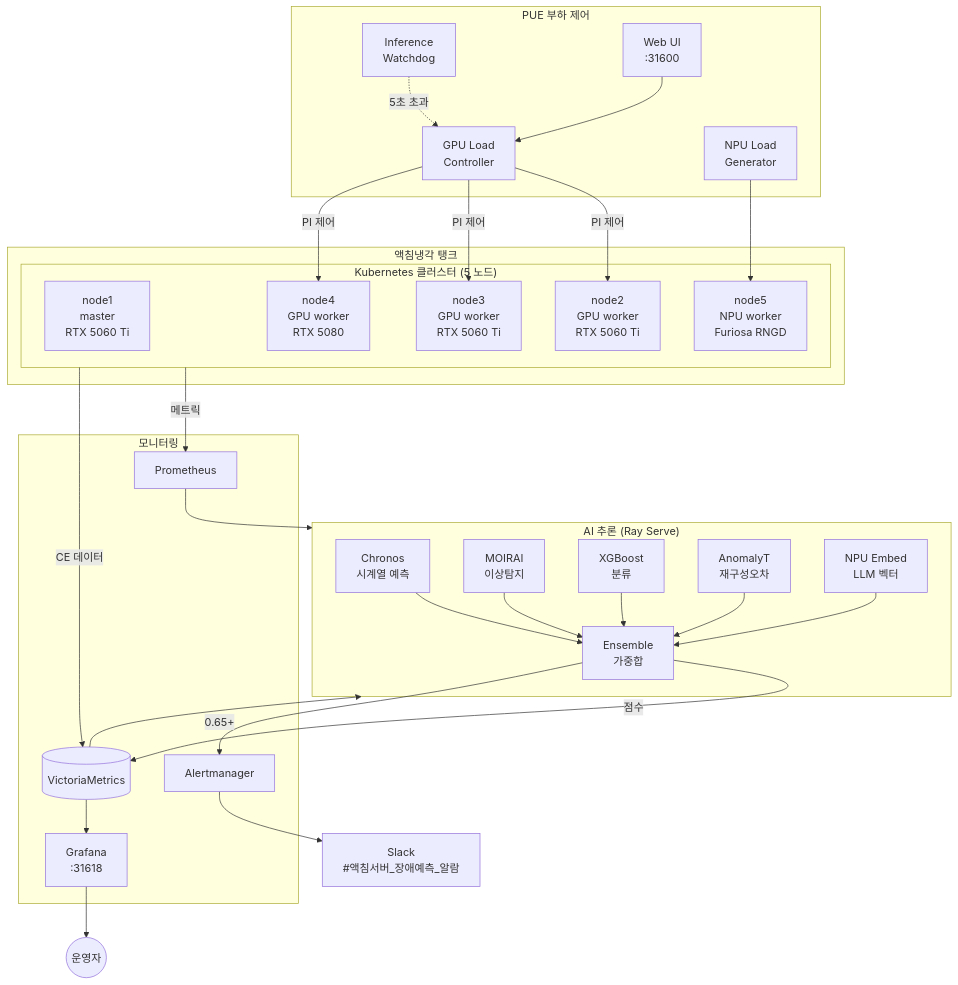
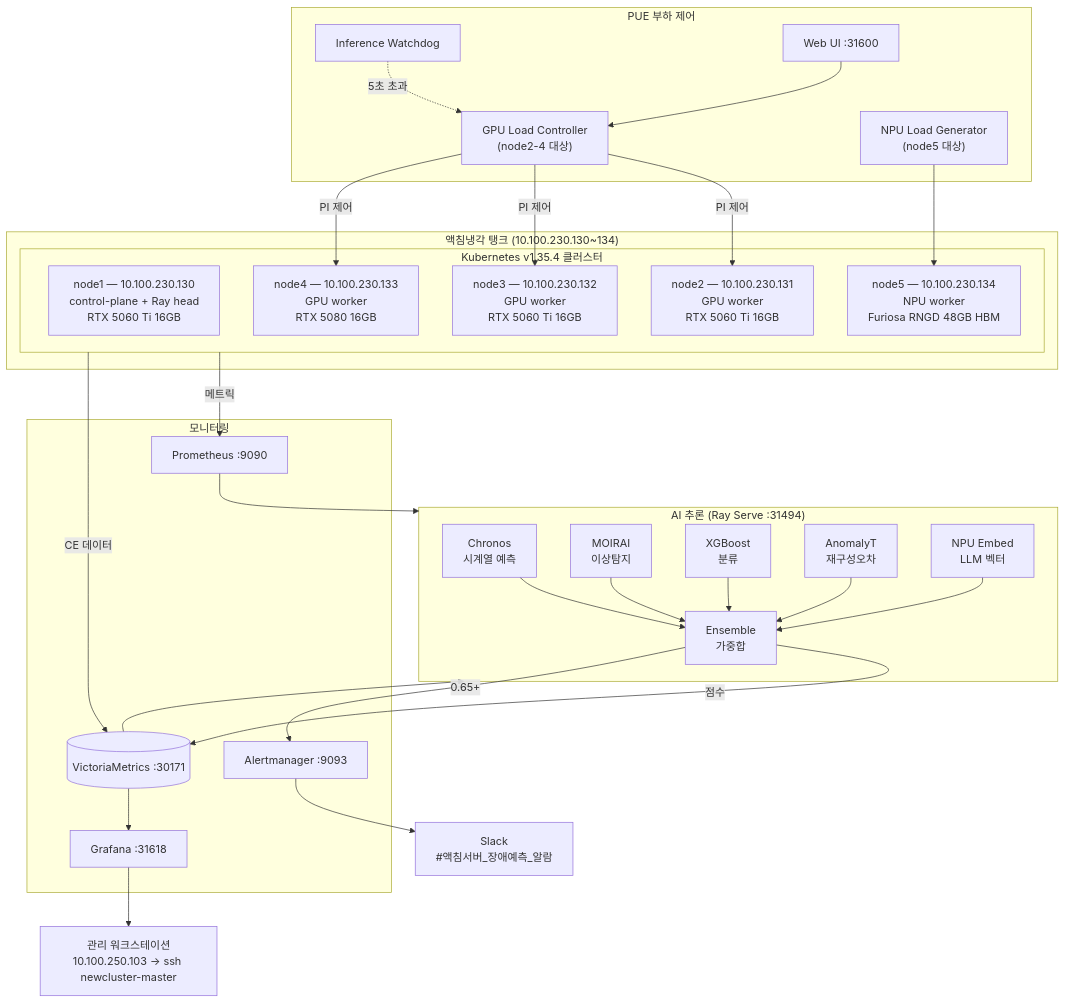
One commit to ByoungjunSeo/failure-prediction_Immersion changed the diagram in README.md. Above: the diagram before and after it, drawn with Mermaid. The commit also changed other lines of this file and 55 other files, not shown here.

````diff
--- a/README.md
+++ b/README.md
@@ -28,53 +28,53 @@
 ```mermaid
 flowchart TB
-    subgraph TANK["액침냉각 탱크"]
-        subgraph K8S["Kubernetes 클러스터 (5 노드)"]
-            N1["node1<br/>master<br/>RTX 5060 Ti"]
-            N2["node2<br/>GPU worker<br/>RTX 5060 Ti"]
-            N3["node3<br/>GPU worker<br/>RTX 5060 Ti"]
-            N4["node4<br/>GPU worker<br/>RTX 5080"]
-            N5["node5<br/>NPU worker<br/>Furiosa RNGD"]
+    subgraph TANK["액침냉각 탱크 (10.100.230.130~134)"]
+        subgraph K8S["Kubernetes v1.35.4 클러스터"]
+            N1["node1 — 10.100.230.130<br/>control-plane + Ray head<br/>RTX 5060 Ti 16GB"]
+            N2["node2 — 10.100.230.131<br/>GPU worker<br/>RTX 5060 Ti 16GB"]
+            N3["node3 — 10.100.230.132<br/>GPU worker<br/>RTX 5060 Ti 16GB"]
+            N4["node4 — 10.100.230.133<br/>GPU worker<br/>RTX 5080 16GB"]
+            N5["node5 — 10.100.230.134<br/>NPU worker<br/>Furiosa RNGD 48GB HBM"]
         end
     end
 
-    subgraph SERVE["AI 추론 (Ray Serve)"]
+    subgraph SERVE["AI 추론 (Ray Serve :31494)"]
         M1["Chronos<br/>시계열 예측"]
         M2["MOIRAI<br/>이상탐지"]
         M3["XGBoost<br/>분류"]
         M4["AnomalyT<br/>재구성오차"]
         M5["NPU Embed<br/>LLM 벡터"]
         ENS["Ensemble<br/>가중합"]
     end
 
     subgraph PUE["PUE 부하 제어"]
-        GPU_LOAD["GPU Load<br/>Controller"]
-        NPU_LOAD["NPU Load<br/>Generator"]
-        WD["Inference<br/>Watchdog"]
-        WEB["Web UI<br/>:31600"]
+        GPU_LOAD["GPU Load Controller<br/>(node2-4 대상)"]
+        NPU_LOAD["NPU Load Generator<br/>(node5 대상)"]
+        WD["Inference Watchdog"]
+        WEB["Web UI :31600"]
     end
 
     subgraph MON["모니터링"]
-        PROM["Prometheus"]
-        VM[("VictoriaMetrics")]
-        GRA["Grafana<br/>:31618"]
-        ALERT["Alertmanager"]
+        PROM["Prometheus :9090"]
+        VM[("VictoriaMetrics :30171")]
+        GRA["Grafana :31618"]
+        ALERT["Alertmanager :9093"]
     end
 
-    USER((운영자))
+    WS["관리 워크스테이션<br/>10.100.250.103 → ssh newcluster-master"]
     SLACK["Slack<br/>#액침서버_장애예측_알람"]
 
     K8S -->|메트릭| PROM
     K8S -->|CE 데이터| VM
     PROM --> SERVE
     VM --> SERVE
     M1 & M2 & M3 & M4 & M5 --> ENS
     ENS -->|점수| VM
     VM --> GRA
-    GRA --> USER
+    GRA --> WS
     ENS -->|0.65+| ALERT
     ALERT --> SLACK
     GPU_LOAD -->|PI 제어| N2 & N3 & N4
     NPU_LOAD --> N5
     WD -.->|5초 초과| GPU_LOAD
     WEB --> GPU_LOAD
 ```
````
